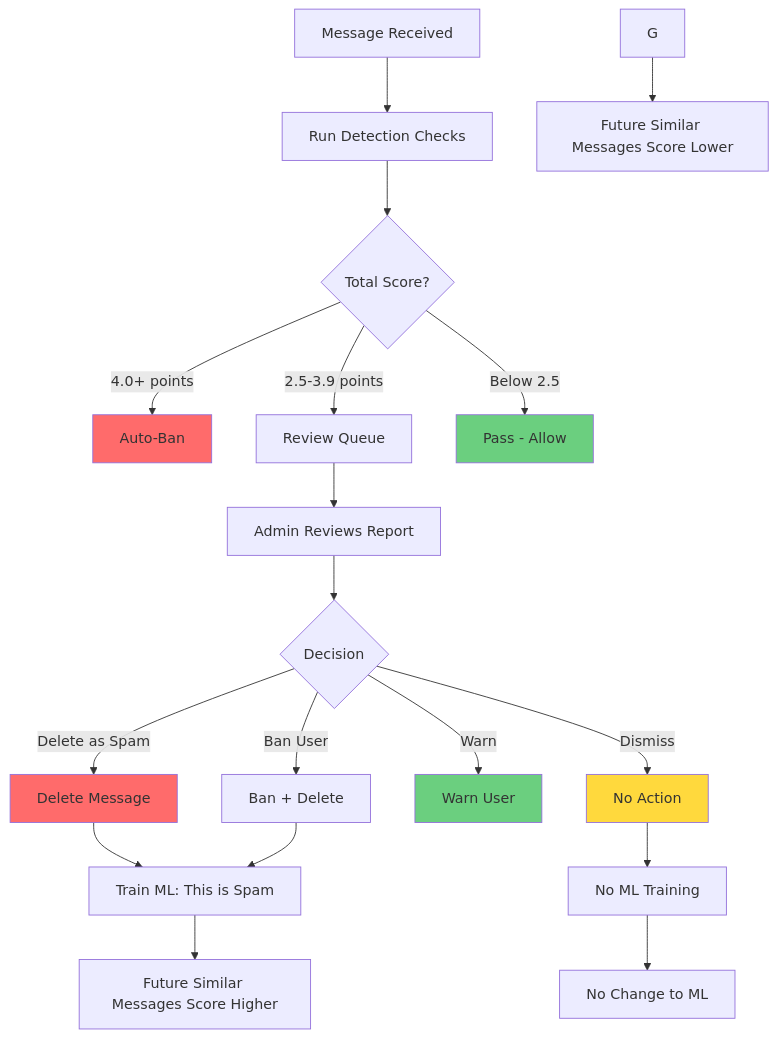
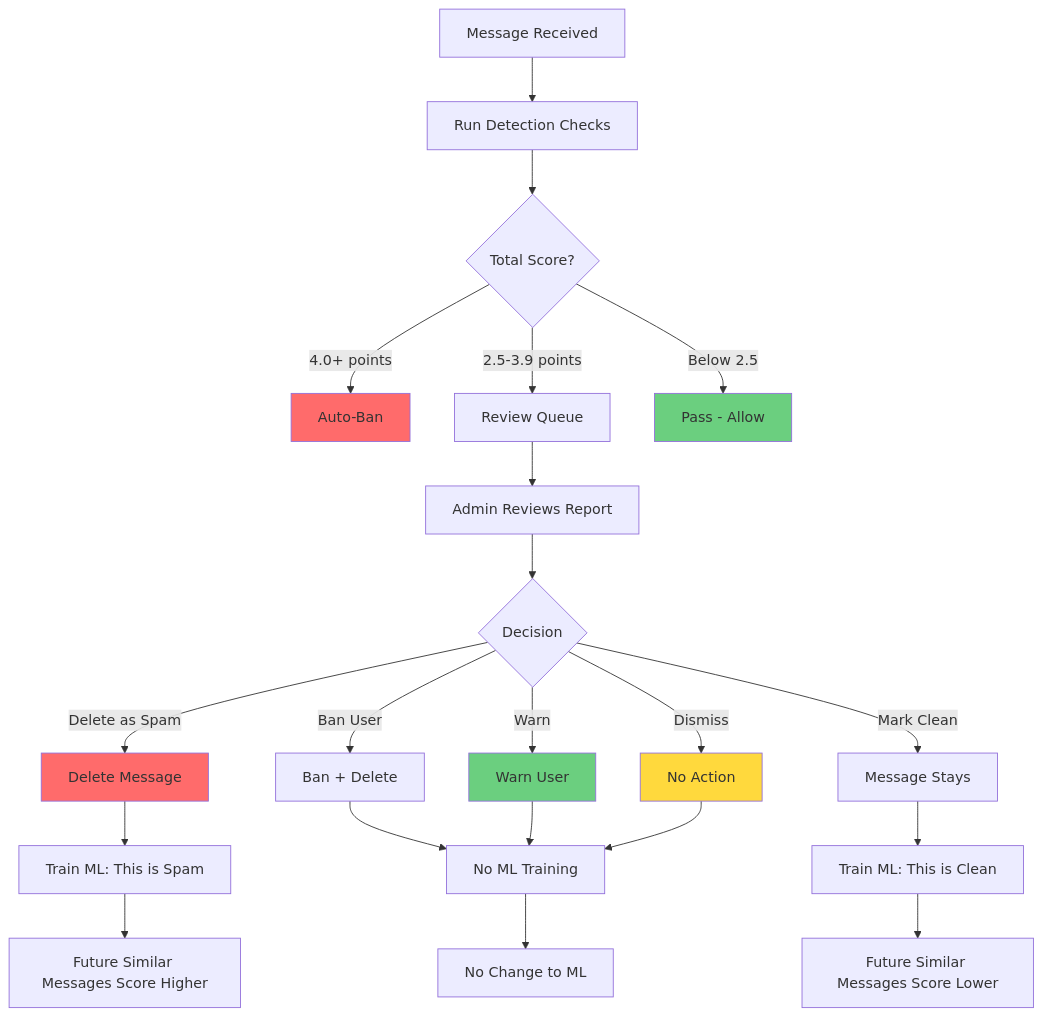
Before and after one commit to musicislife08/TelegramGroupsAdmin: the diagram in TelegramGroupsAdmin/Docs/features/02-reports.md, drawn with Mermaid. The commit also changed other lines of this file and 32 other files, not shown here.

First line of the commit message:
feat(reports): dismiss only acknowledges, review queue gains Mark Clean

````diff
--- a/TelegramGroupsAdmin/Docs/features/02-reports.md
+++ b/TelegramGroupsAdmin/Docs/features/02-reports.md
@@ -166,29 +179,32 @@
 ```mermaid
 flowchart TD
     M[Message Received] --> S[Run Detection Checks]
     S --> T{Total Score?}
     T -->|4.0+ points| AB[Auto-Ban]
     T -->|2.5-3.9 points| RQ[Review Queue]
     T -->|Below 2.5| P[Pass - Allow]
 
     RQ --> A[Admin Reviews Report]
     A --> B{Decision}
     B -->|Delete as Spam| C[Delete Message]
     B -->|Ban User| C2[Ban + Delete]
     B -->|Warn| D[Warn User]
+    B -->|Mark Clean| CL[Message Stays]
     B -->|Dismiss| E[No Action]
 
     C --> F[Train ML: This is Spam]
-    C2 --> F
-    E --> H[No ML Training]
+    CL --> G[Train ML: This is Clean]
+    C2 --> H[No ML Training]
+    D --> H
+    E --> H
 
     F --> I[Future Similar Messages Score Higher]
     G --> J[Future Similar Messages Score Lower]
     H --> K[No Change to ML]
 
     style AB fill:#ff6b6b
     style C fill:#ff6b6b
     style D fill:#6bcf7f
     style E fill:#ffd93d
     style P fill:#6bcf7f
 ```
````
